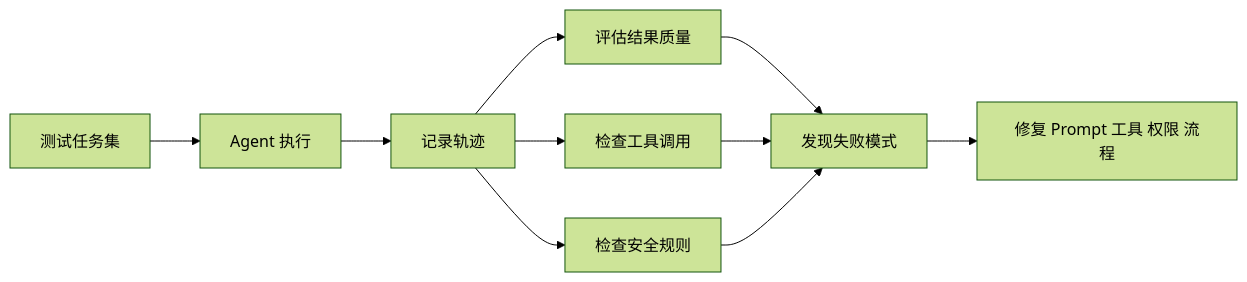
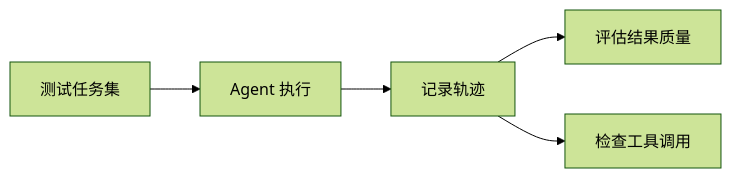
One commit to oudbiao/AI-fullstack-course changed the fourth of 5 diagrams in docs/stage9/ch08-eval-safety/00-roadmap.md. Above: the diagram before and after it, drawn with Mermaid (forest theme). The commit also changed other lines of this file and 139 other files, not shown here.

````diff
--- a/docs/stage9/ch08-eval-safety/00-roadmap.md
+++ b/docs/stage9/ch08-eval-safety/00-roadmap.md
@@ -58,12 +64,7 @@
 ```mermaid
 flowchart LR
   A[测试任务集] --> B[Agent 执行]
   B --> C[记录轨迹]
   C --> D[评估结果质量]
   C --> E[检查工具调用]
-  C --> F[检查安全规则]
-  D --> G[发现失败模式]
-  E --> G
-  F --> G
-  G --> H[修复 Prompt 工具 权限 流程]
 ```
````
